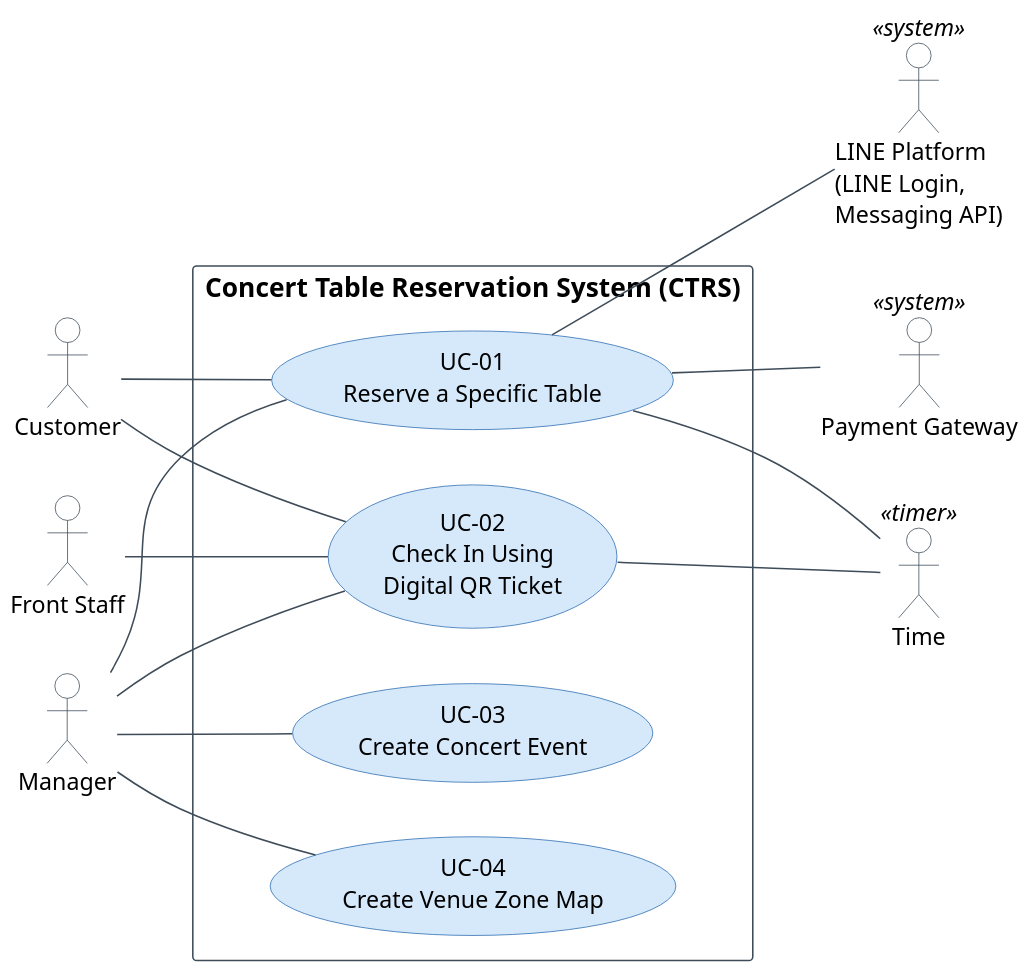
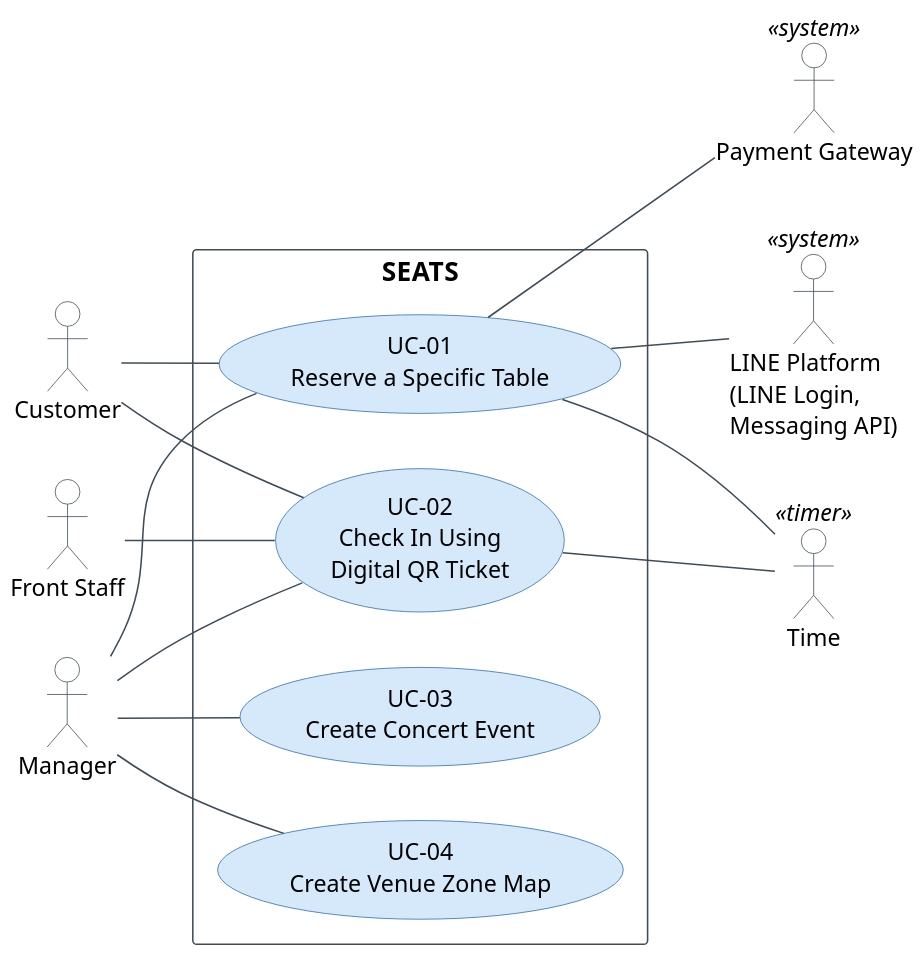
The diagram in assignments/group/workspace/report/project-document/assets/use-case-diagram.puml (cuse-software-engineering/2110521_Software_Architecture), drawn with PlantUML before and after one commit. The commit also changed 10 other files, not shown here.

First line of the commit message:
doc v2.0 CH-22: product name SEATS instead of CTRS

```diff
--- a/assignments/group/workspace/report/project-document/assets/use-case-diagram.puml
+++ b/assignments/group/workspace/report/project-document/assets/use-case-diagram.puml
@@ -1,52 +1,52 @@
 @startuml use-case-diagram
-' CTRS use case diagram, project document v2.0 (CH-04, KI-01, KI-02).
+' SEATS use case diagram, project document v2.0 (CH-04, KI-01, KI-02; name CH-22).
 ' Render: java -jar <plantuml.jar> -tpng assets/use-case-diagram.puml
 left to right direction
 skinparam shadowing false
 skinparam defaultFontName Helvetica
 skinparam defaultFontSize 15
 skinparam dpi 150
 skinparam actor {
   BorderColor #3E4C59
   BackgroundColor #FFFFFF
 }
 skinparam usecase {
   BackgroundColor #D6E9FB
   BorderColor #2B6CB0
   FontSize 15
 }
 skinparam rectangle {
   BorderColor #3E4C59
   FontSize 17
   FontStyle bold
 }
 skinparam ArrowColor #3E4C59
 
 actor Customer
 actor "Front Staff" as Staff
 actor Manager
 
-rectangle "Concert Table Reservation System (CTRS)" {
+rectangle "SEATS" {
   usecase "UC-01\nReserve a Specific Table" as UC01
   usecase "UC-02\nCheck In Using\nDigital QR Ticket" as UC02
   usecase "UC-03\nCreate Concert Event" as UC03
   usecase "UC-04\nCreate Venue Zone Map" as UC04
 }
 
+actor "Payment Gateway" as PG <<system>>
 actor "LINE Platform\n(LINE Login,\nMessaging API)" as LINE <<system>>
-actor "Payment Gateway" as PG <<system>>
 actor Time <<timer>>
 
 Customer -- UC01
 Customer -- UC02
 Staff -- UC02
 Manager -- UC01
 Manager -- UC02
 Manager -- UC03
 Manager -- UC04
 
+UC01 -- PG
 UC01 -- LINE
-UC01 -- PG
 UC01 -- Time
 UC02 -- Time
 @enduml
```
